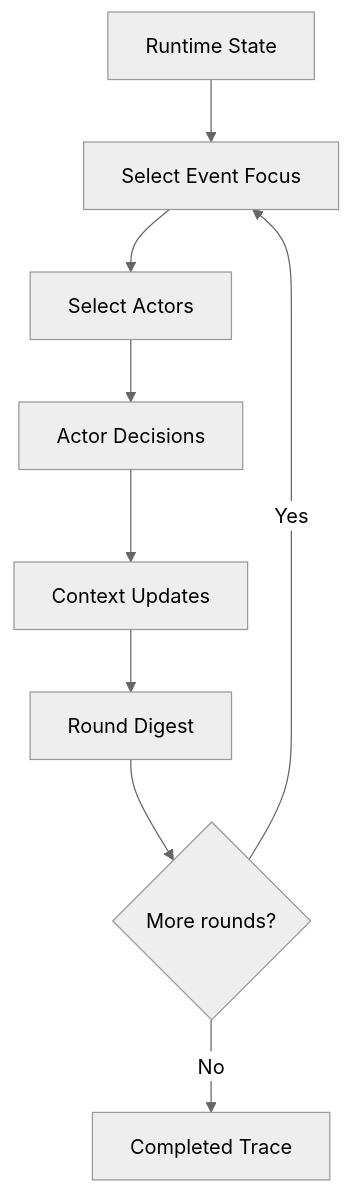
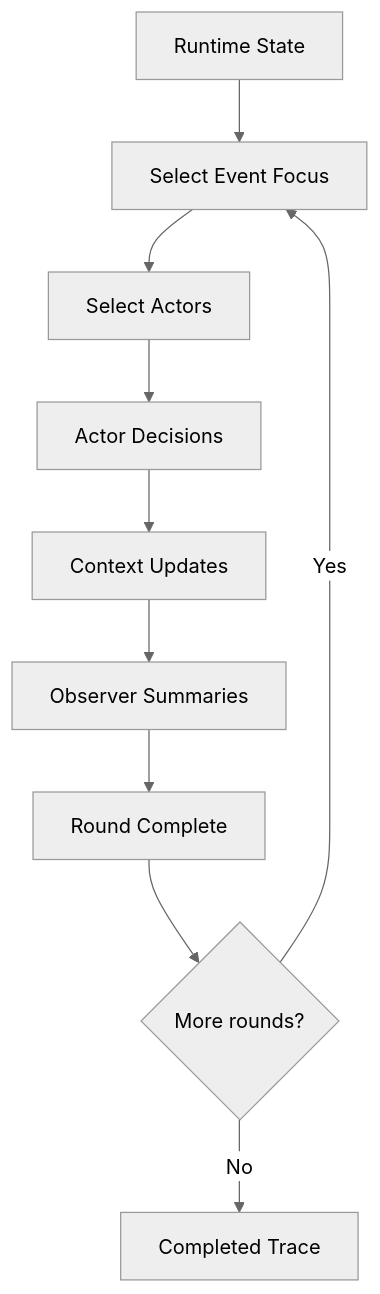
Before and after one commit to keonho-kim/simula: the diagram in docs/workflows/runtime.md, drawn with Mermaid (neutral theme). The commit also changed other lines of this file and 85 other files, not shown here.

````diff
--- a/docs/workflows/runtime.md
+++ b/docs/workflows/runtime.md
@@ -7,11 +7,12 @@
 ```mermaid
 flowchart TD
     Start["Runtime State"] --> Select["Select Event Focus"]
     Select --> Actors["Select Actors"]
     Actors --> Decide["Actor Decisions"]
     Decide --> Context["Context Updates"]
-    Context --> Round["Round Digest"]
+    Context --> Observer["Observer Summaries"]
+    Observer --> Round["Round Complete"]
     Round --> Stop{"More rounds?"}
     Stop -->|Yes| Select
     Stop -->|No| Done["Completed Trace"]
 ```
````
